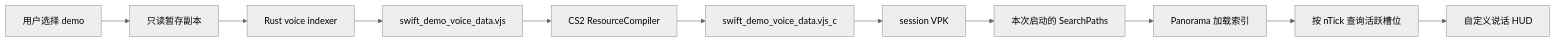
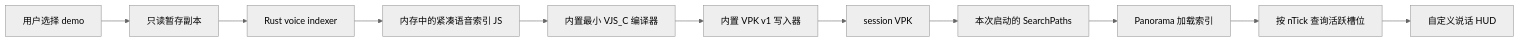
The second of 2 diagrams in docs/CS2_DEMO_VOICE_SPEAKING_ICON_ANALYSIS_CN.md (nicedayzhu/SwiftDemoUIPro), drawn with Mermaid (neutral theme) before and after one commit. The commit also changed other lines of this file and 12 other files, not shown here.

Commit message:
feat: build demo voice session resources internally

````diff
--- a/docs/CS2_DEMO_VOICE_SPEAKING_ICON_ANALYSIS_CN.md
+++ b/docs/CS2_DEMO_VOICE_SPEAKING_ICON_ANALYSIS_CN.md
@@ -115,13 +115,13 @@
 ```mermaid
 flowchart LR
     A["用户选择 demo"] --> B["只读暂存副本"]
     B --> C["Rust voice indexer"]
-    C --> D["swift_demo_voice_data.vjs"]
-    D --> E["CS2 ResourceCompiler"]
-    E --> F["swift_demo_voice_data.vjs_c"]
+    C --> D["内存中的紧凑语音索引 JS"]
+    D --> E["内置最小 VJS_C 编译器"]
+    E --> F["内置 VPK v1 写入器"]
     F --> G["session VPK"]
     G --> H["本次启动的 SearchPaths"]
     H --> I["Panorama 加载索引"]
     I --> J["按 nTick 查询活跃槽位"]
     J --> K["自定义说话 HUD"]
 ```
````
